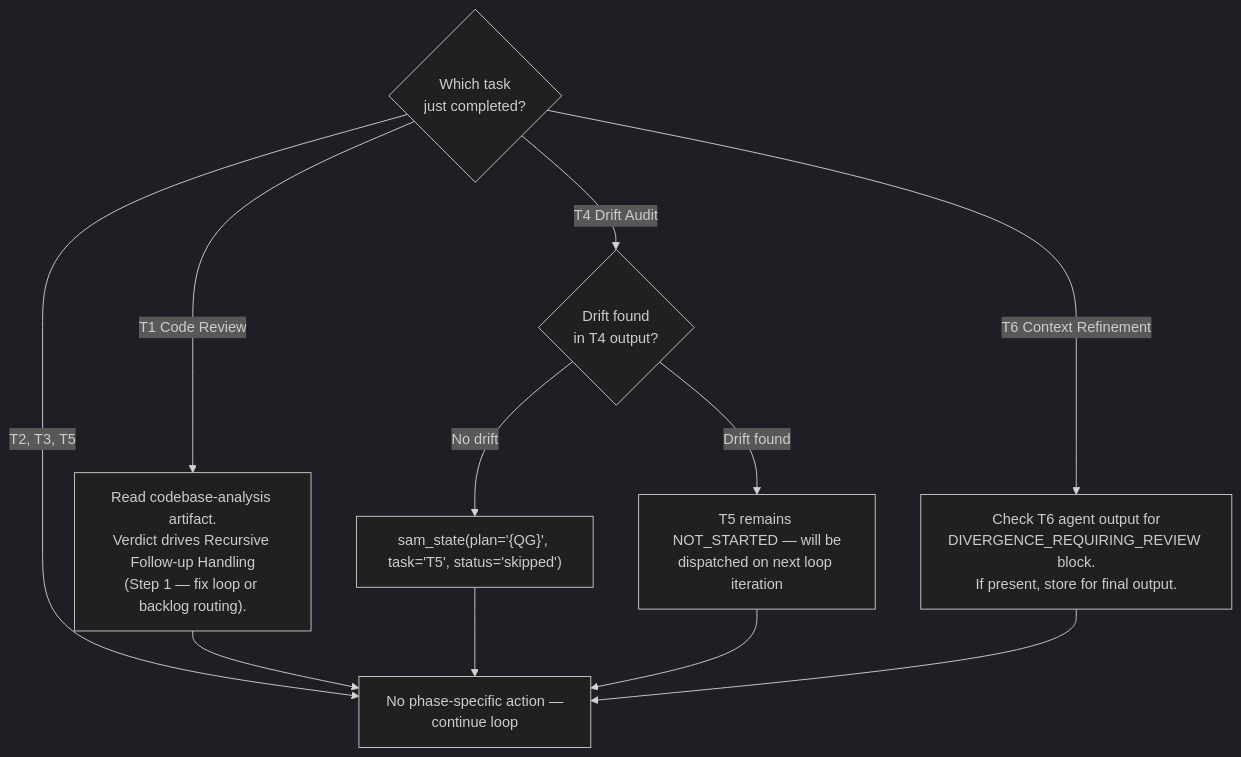
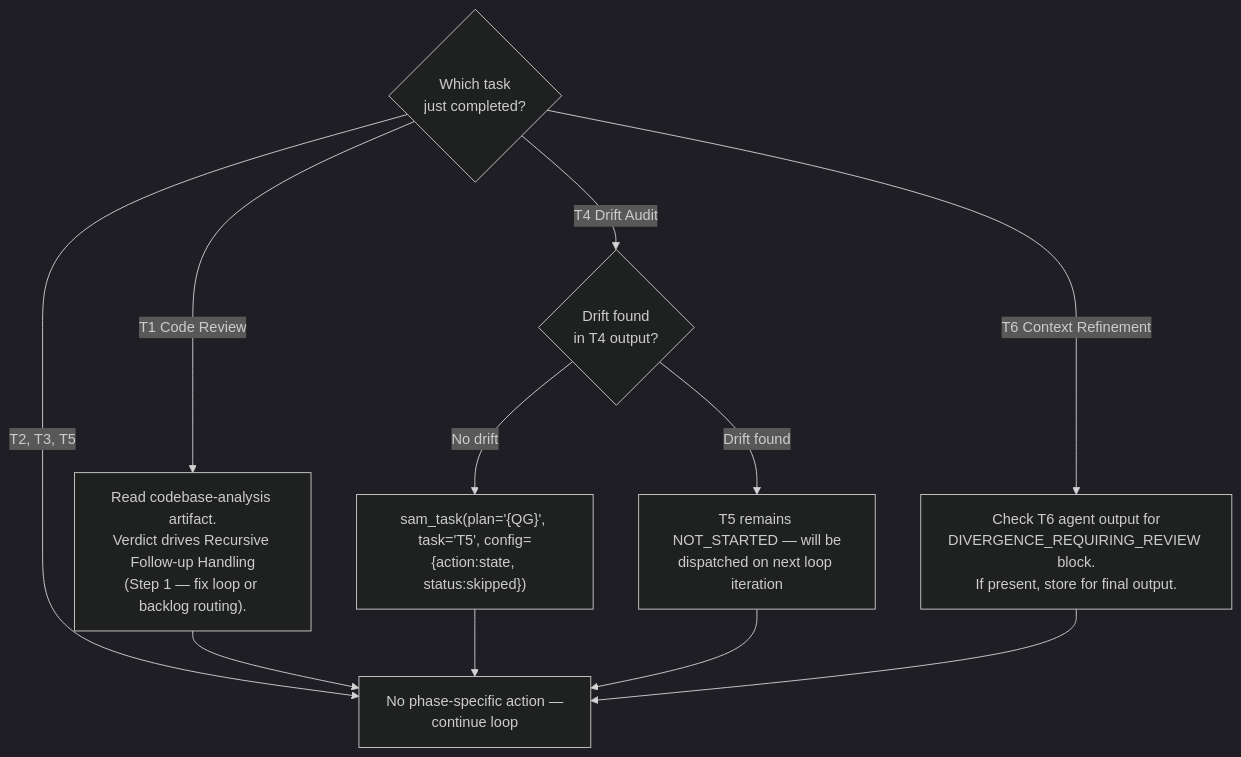
One commit to chgreer1070/claude_skills changed the seventh of 10 diagrams in plugins/development-harness/skills/complete-implementation/SKILL.md. Above: the diagram before and after it, drawn with Mermaid (dark theme). The commit also changed other lines of this file and 28 other files, not shown here.

````diff
--- a/plugins/development-harness/skills/complete-implementation/SKILL.md
+++ b/plugins/development-harness/skills/complete-implementation/SKILL.md
@@ -499,14 +499,14 @@
 ```mermaid
 flowchart TD
     Done{Which task<br>just completed?}
     Done -->|T1 Code Review| T1Post["Read codebase-analysis artifact.<br>Verdict drives Recursive Follow-up Handling<br>(Step 1 — fix loop or backlog routing)."]
     Done -->|T4 Drift Audit| T4Post{Drift found<br>in T4 output?}
-    T4Post -->|No drift| SkipT5["sam_state(plan='{QG}', task='T5', status='skipped')"]
+    T4Post -->|No drift| SkipT5["sam_task(plan='{QG}', task='T5', config={action:state, status:skipped})"]
     T4Post -->|Drift found| T5Ready["T5 remains NOT_STARTED — will be<br>dispatched on next loop iteration"]
     Done -->|T6 Context Refinement| T6Post["Check T6 agent output for<br>DIVERGENCE_REQUIRING_REVIEW block.<br>If present, store for final output."]
     Done -->|T2, T3, T5| Continue["No phase-specific action —<br>continue loop"]
     T1Post --> Continue
     SkipT5 --> Continue
     T5Ready --> Continue
     T6Post --> Continue
 ```
````
